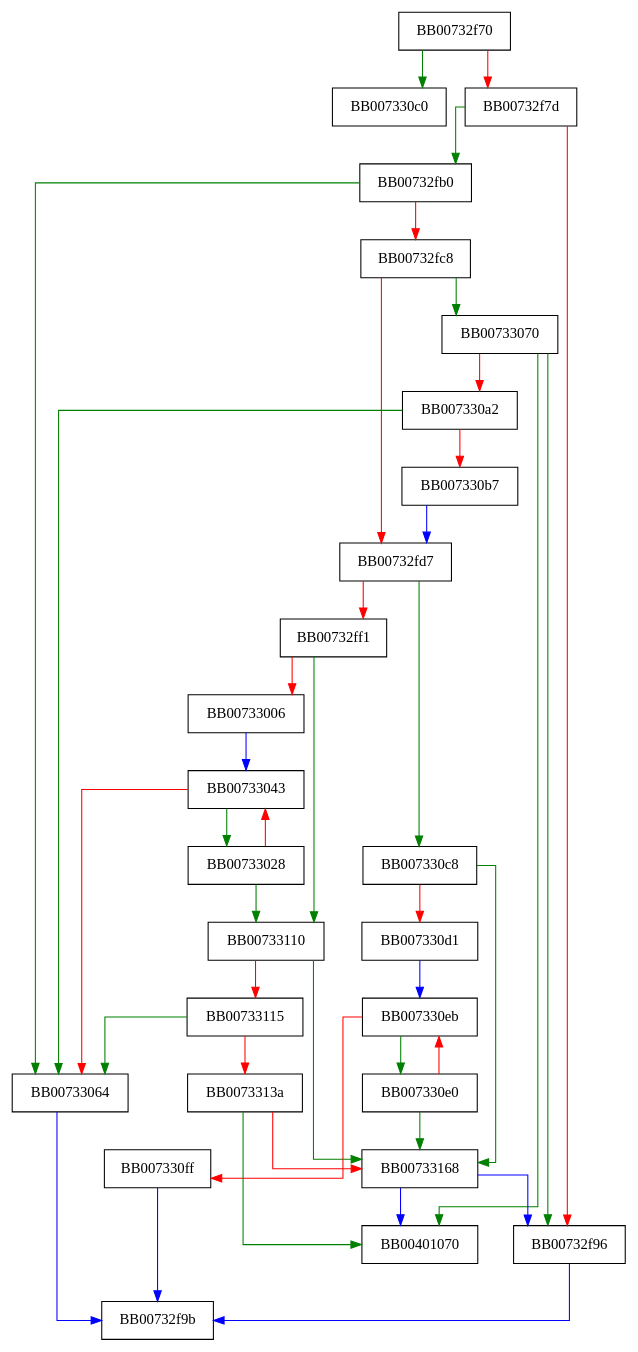
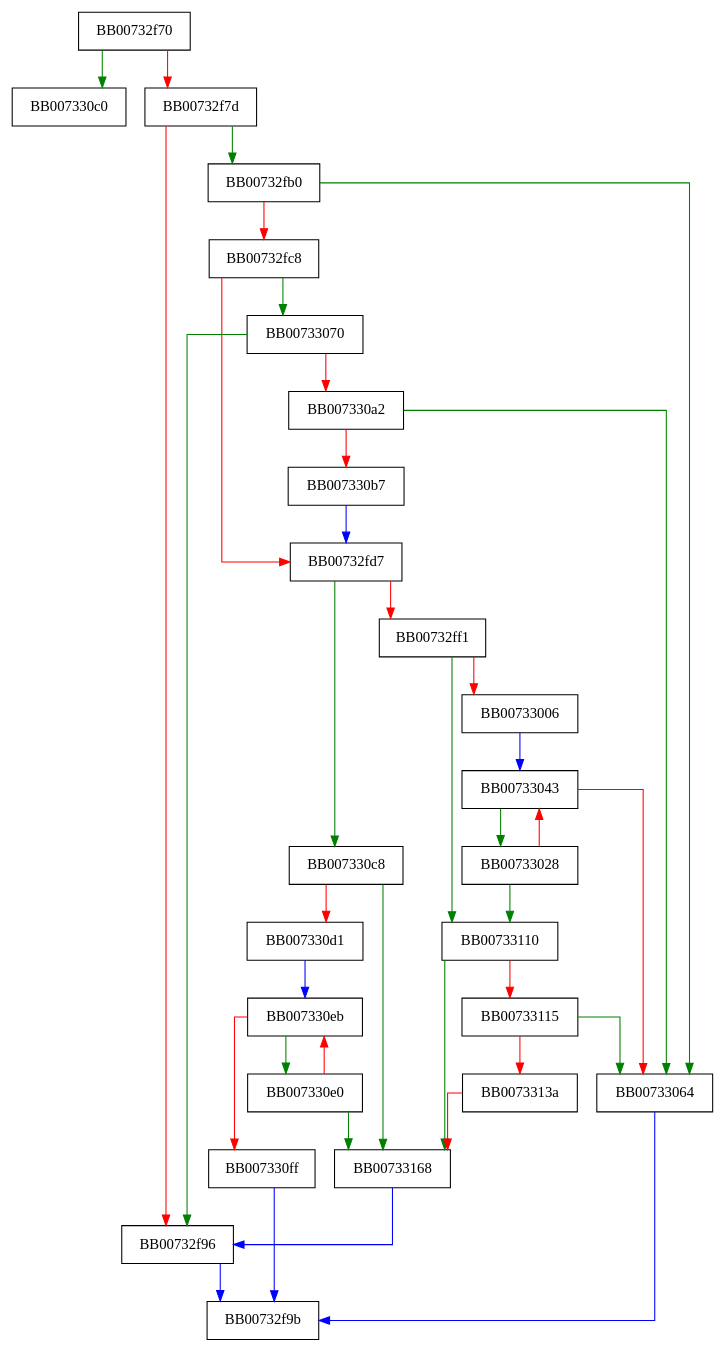
Before and after one commit to v-p-b/ghidra-function-graph-datasets: the diagram in openssl-static-gcc-dwarf/00732f70.dot, drawn with Graphviz. The commit also changed 16867 other files, not shown here.

```diff
--- a/openssl-static-gcc-dwarf/00732f70.dot
+++ b/openssl-static-gcc-dwarf/00732f70.dot
@@ -1,45 +1,42 @@
 digraph CMAC_Update {
   node [shape="box"];
   graph [splines=ortho];
   BB00732f70 -> BB007330c0 [color="green"];
   BB00732f70 -> BB00732f7d [color="red"];
   BB00732f7d -> BB00732fb0 [color="green"];
   BB00732f7d -> BB00732f96 [color="red"];
   BB00732f96 -> BB00732f9b [color="blue"];
   BB00732fb0 -> BB00733064 [color="green"];
   BB00732fb0 -> BB00732fc8 [color="red"];
   BB00732fc8 -> BB00733070 [color="green"];
   BB00732fc8 -> BB00732fd7 [color="red"];
   BB00732fd7 -> BB007330c8 [color="green"];
   BB00732fd7 -> BB00732ff1 [color="red"];
   BB00732ff1 -> BB00733110 [color="green"];
   BB00732ff1 -> BB00733006 [color="red"];
   BB00733006 -> BB00733043 [color="blue"];
   BB00733028 -> BB00733110 [color="green"];
   BB00733028 -> BB00733043 [color="red"];
   BB00733043 -> BB00733028 [color="green"];
   BB00733043 -> BB00733064 [color="red"];
   BB00733064 -> BB00732f9b [color="blue"];
-  BB00733070 -> BB00401070 [color="green"];
   BB00733070 -> BB00732f96 [color="green"];
   BB00733070 -> BB007330a2 [color="red"];
   BB007330a2 -> BB00733064 [color="green"];
   BB007330a2 -> BB007330b7 [color="red"];
   BB007330b7 -> BB00732fd7 [color="blue"];
   BB007330c8 -> BB00733168 [color="green"];
   BB007330c8 -> BB007330d1 [color="red"];
   BB007330d1 -> BB007330eb [color="blue"];
   BB007330e0 -> BB00733168 [color="green"];
   BB007330e0 -> BB007330eb [color="red"];
   BB007330eb -> BB007330e0 [color="green"];
   BB007330eb -> BB007330ff [color="red"];
   BB007330ff -> BB00732f9b [color="blue"];
   BB00733110 -> BB00733168 [color="green"];
   BB00733110 -> BB00733115 [color="red"];
   BB00733115 -> BB00733064 [color="green"];
   BB00733115 -> BB0073313a [color="red"];
-  BB0073313a -> BB00401070 [color="green"];
   BB0073313a -> BB00733168 [color="red"];
-  BB00733168 -> BB00401070 [color="blue"];
   BB00733168 -> BB00732f96 [color="blue"];
 }
```
